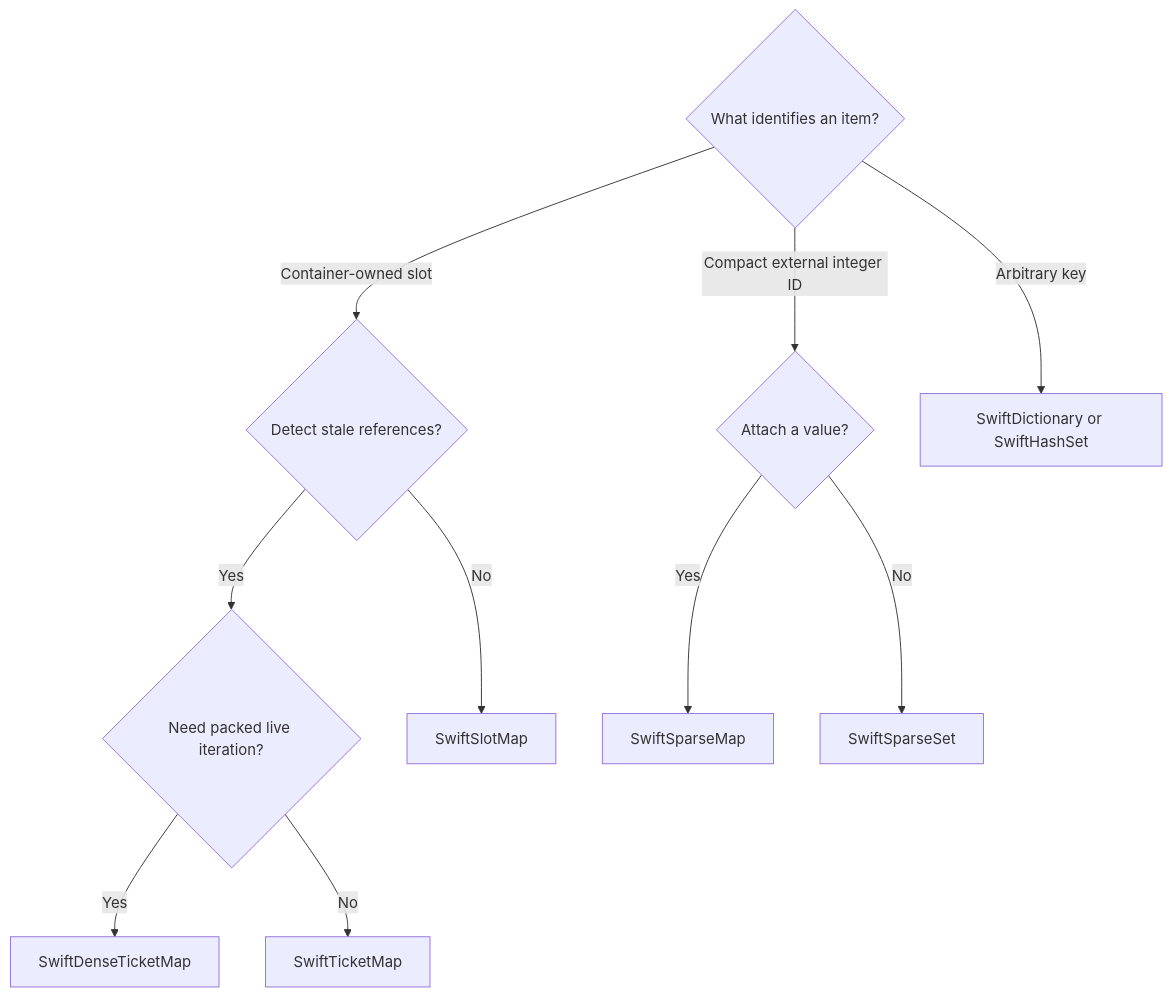
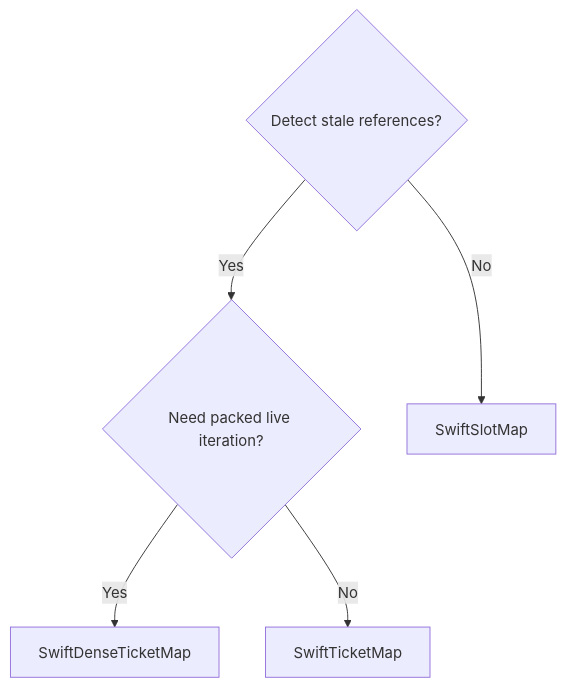
One commit to mrdav30/SwiftCollections changed the diagram in docs/api/guides/collections.md. Above: the diagram before and after it, drawn with Mermaid. The commit also changed other lines of this file and 27 other files, not shown here.

````diff
--- a/docs/api/guides/collections.md
+++ b/docs/api/guides/collections.md
@@ -11,12 +17,8 @@
 ```mermaid
 flowchart TD
-    Key{What identifies an item?} -->|Container-owned slot| Stale{Detect stale references?}
+    Stale{Detect stale references?}
     Stale -->|Yes| Packing{Need packed live iteration?}
     Packing -->|Yes| Dense[SwiftDenseTicketMap]
     Packing -->|No| Generation[SwiftTicketMap]
     Stale -->|No| Slot[SwiftSlotMap]
-    Key -->|Compact external integer ID| Payload{Attach a value?}
-    Payload -->|Yes| Map[SwiftSparseMap]
-    Payload -->|No| Set[SwiftSparseSet]
-    Key -->|Arbitrary key| Hash[SwiftDictionary or SwiftHashSet]
 ```
````
